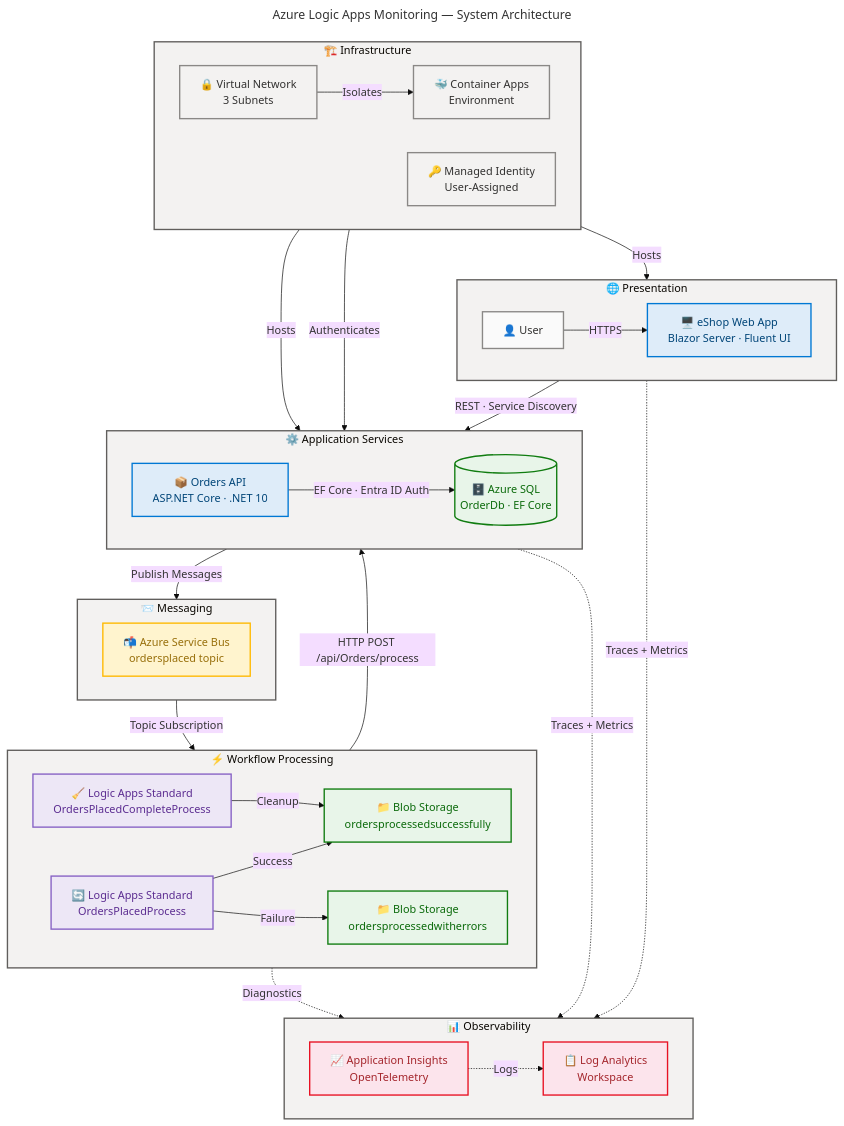
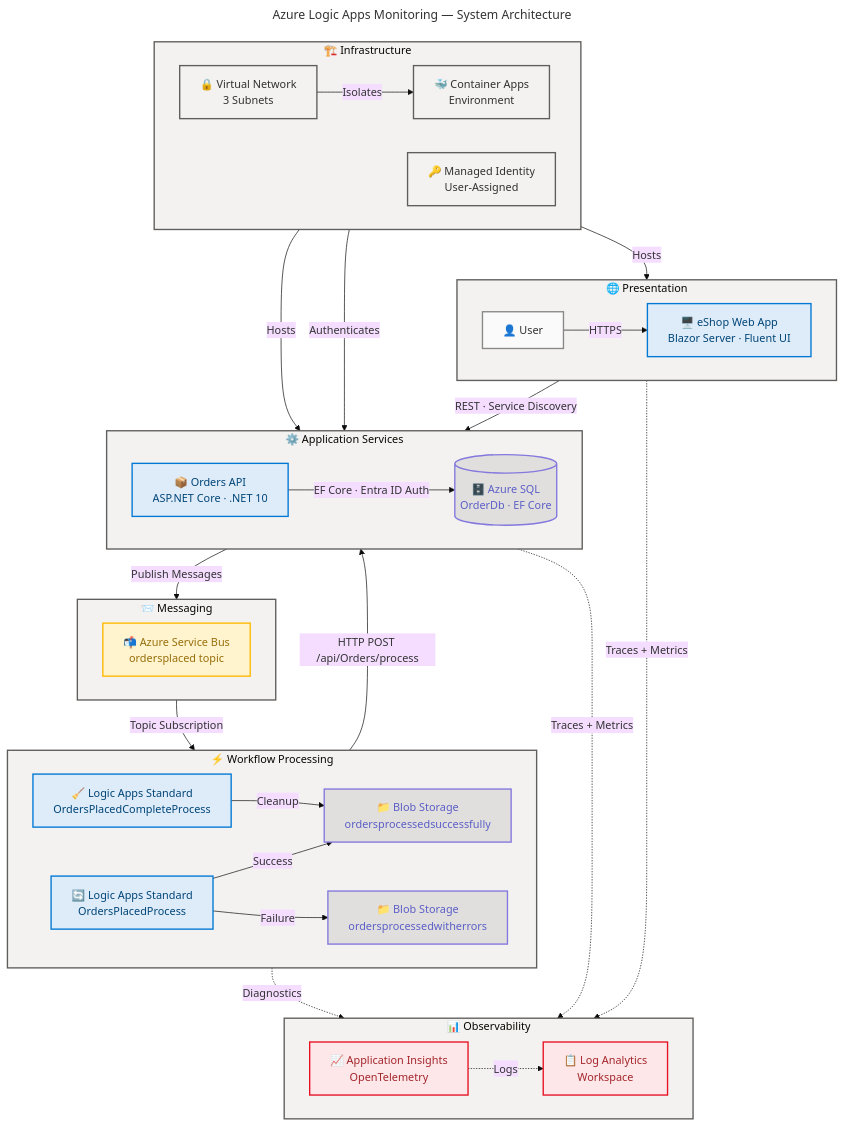
The diagram in README.md (Evilazaro/Azure-LogicApps-Monitoring), drawn with Mermaid before and after one commit.

Commit message:
docs: update flowchart styles and class definitions in README.md for improved clarity and accessibility

````diff
--- a/README.md
+++ b/README.md
@@ -61,6 +61,8 @@
 
     %% ═══════════════════════════════════════════════════════════════════════════
     %% AZURE / FLUENT ARCHITECTURE PATTERN v1.1
+    %% (Semantic + Structural + Font + Accessibility Governance)
+    %% ═══════════════════════════════════════════════════════════════════════════
     %% PHASE 1 - STRUCTURAL: Direction explicit, flat topology, nesting ≤ 3
     %% PHASE 2 - SEMANTIC: Colors justified, max 5 semantic classes, neutral-first
     %% PHASE 3 - FONT: Dark text on light backgrounds, contrast ≥ 4.5:1
@@ -82,28 +84,28 @@
 
     subgraph messagingLayer["📨 Messaging"]
         direction LR
-        serviceBus["📬 Azure Service Bus<br/>ordersplaced topic"]:::messaging
+        serviceBus["📬 Azure Service Bus<br/>ordersplaced topic"]:::warning
     end
 
     subgraph workflowLayer["⚡ Workflow Processing"]
         direction LR
-        logicApp["🔄 Logic Apps Standard<br/>OrdersPlacedProcess"]:::workflow
-        logicAppCleanup["🧹 Logic Apps Standard<br/>OrdersPlacedCompleteProcess"]:::workflow
+        logicApp["🔄 Logic Apps Standard<br/>OrdersPlacedProcess"]:::core
+        logicAppCleanup["🧹 Logic Apps Standard<br/>OrdersPlacedCompleteProcess"]:::core
         blobSuccess["📁 Blob Storage<br/>ordersprocessedsuccessfully"]:::data
         blobErrors["📁 Blob Storage<br/>ordersprocessedwitherrors"]:::data
     end
 
     subgraph observability["📊 Observability"]
         direction LR
-        appInsights["📈 Application Insights<br/>OpenTelemetry"]:::monitoring
-        logAnalytics["📋 Log Analytics<br/>Workspace"]:::monitoring
+        appInsights["📈 Application Insights<br/>OpenTelemetry"]:::danger
+        logAnalytics["📋 Log Analytics<br/>Workspace"]:::danger
     end
 
     subgraph infraLayer["🏗️ Infrastructure"]
         direction LR
-        containerApps["🐳 Container Apps<br/>Environment"]:::infra
-        vnet["🔒 Virtual Network<br/>3 Subnets"]:::infra
-        identity["🔑 Managed Identity<br/>User-Assigned"]:::infra
+        containerApps["🐳 Container Apps<br/>Environment"]:::external
+        vnet["🔒 Virtual Network<br/>3 Subnets"]:::external
+        identity["🔑 Managed Identity<br/>User-Assigned"]:::external
     end
 
     user -->|"HTTPS"| webapp
@@ -133,11 +135,10 @@
     style observability fill:#F3F2F1,stroke:#605E5C,stroke-width:2px
     style infraLayer fill:#F3F2F1,stroke:#605E5C,stroke-width:2px
 
+    classDef neutral fill:#FAFAFA,stroke:#8A8886,stroke-width:2px,color:#323130
     classDef core fill:#DEECF9,stroke:#0078D4,stroke-width:2px,color:#004578
-    classDef data fill:#E8F5E9,stroke:#107C10,stroke-width:2px,color:#0B6A0B
-    classDef messaging fill:#FFF4CE,stroke:#FFB900,stroke-width:2px,color:#986F0B
-    classDef workflow fill:#EDE7F6,stroke:#8661C5,stroke-width:2px,color:#5C2D91
-    classDef monitoring fill:#FCE4EC,stroke:#E81123,stroke-width:2px,color:#A4262C
-    classDef infra fill:#F3F2F1,stroke:#8A8886,stroke-width:2px,color:#323130
-    classDef neutral fill:#FAFAFA,stroke:#8A8886,stroke-width:2px,color:#323130
+    classDef data fill:#E1DFDD,stroke:#8378DE,stroke-width:2px,color:#5B5FC7
+    classDef warning fill:#FFF4CE,stroke:#FFB900,stroke-width:2px,color:#986F0B
+    classDef danger fill:#FDE7E9,stroke:#E81123,stroke-width:2px,color:#A4262C
+    classDef external fill:#F3F2F1,stroke:#605E5C,stroke-width:2px,color:#323130
 ```
````
